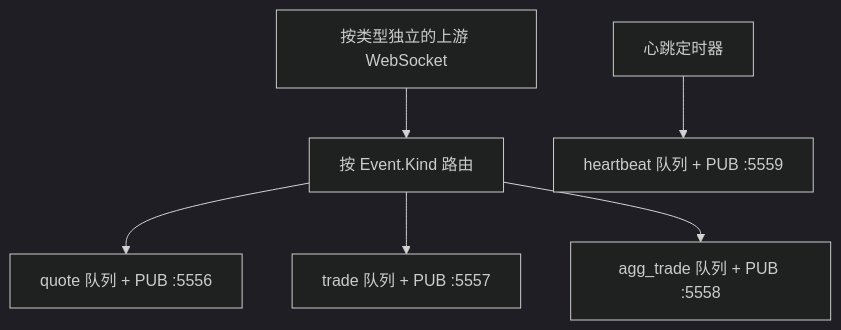
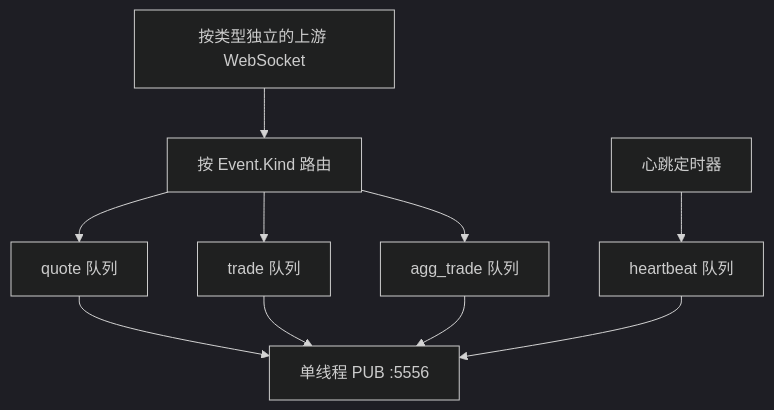
Before and after one commit to DevRoss/marketpipe: the diagram in README.md, drawn with Mermaid (dark theme). The commit also changed other lines of this file and 13 other files, not shown here.

````diff
--- a/README.md
+++ b/README.md
@@ -99,8 +92,12 @@
 ```mermaid
 flowchart TD
   A["按类型独立的上游 WebSocket"] --> R["按 Event.Kind 路由"]
-  R --> Q["quote 队列 + PUB :5556"]
-  R --> T["trade 队列 + PUB :5557"]
-  R --> G["agg_trade 队列 + PUB :5558"]
-  H["心跳定时器"] --> C["heartbeat 队列 + PUB :5559"]
+  R --> Q["quote 队列"]
+  R --> T["trade 队列"]
+  R --> G["agg_trade 队列"]
+  H["心跳定时器"] --> C["heartbeat 队列"]
+  Q --> P["单线程 PUB :5556"]
+  T --> P
+  G --> P
+  C --> P
 ```
````
